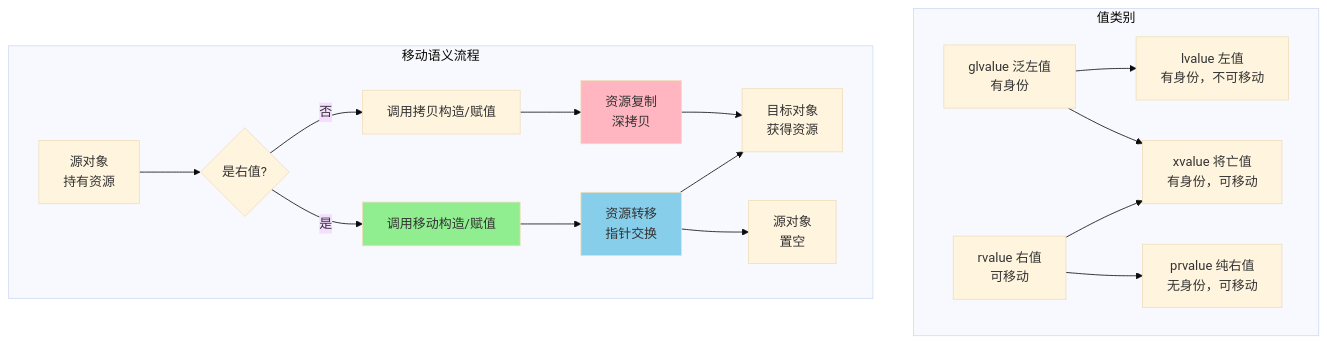
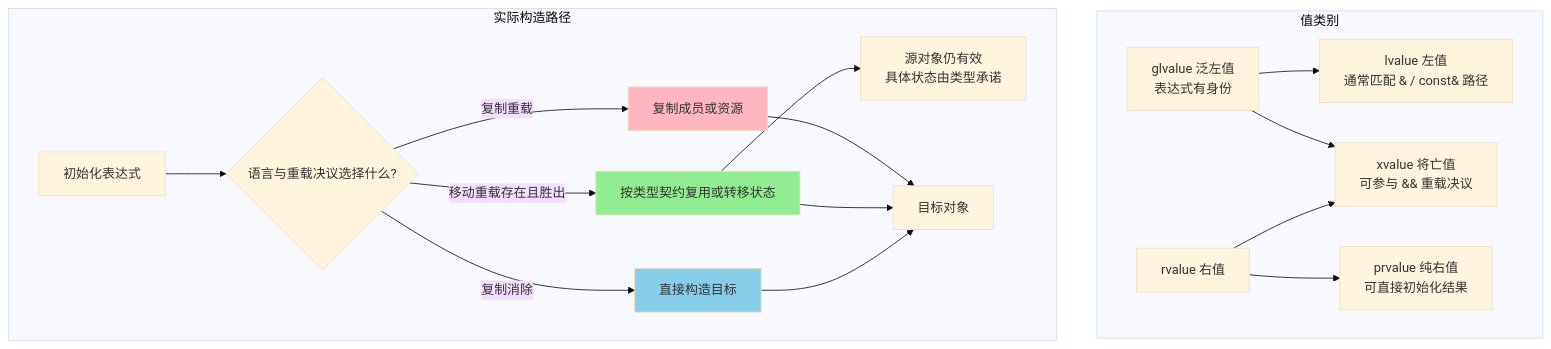
The first of 4 diagrams in week_04/day_23/README.md (mlbo/cpp_learning), drawn with Mermaid (base theme) before and after one commit. The commit also changed other lines of this file and 675 other files, not shown here.

````diff
--- a/week_04/day_23/README.md
+++ b/week_04/day_23/README.md
@@ -68,24 +70,24 @@
 ```mermaid
 flowchart TB
     subgraph 值类别
-        A["glvalue 泛左值<br/>有身份"] --> B["lvalue 左值<br/>有身份，不可移动"]
-        A --> C["xvalue 将亡值<br/>有身份，可移动"]
-        D["rvalue 右值<br/>可移动"] --> C
-        D --> E["prvalue 纯右值<br/>无身份，可移动"]
+        A["glvalue 泛左值<br/>表达式有身份"] --> B["lvalue 左值<br/>通常匹配 & / const& 路径"]
+        A --> C["xvalue 将亡值<br/>可参与 && 重载决议"]
+        D["rvalue 右值"] --> C
+        D --> E["prvalue 纯右值<br/>可直接初始化结果"]
     end
-    
-    subgraph 移动语义流程
-        F["源对象<br/>持有资源"] --> G{是右值?}
-        G -->|是| H[调用移动构造/赋值]
-        G -->|否| I[调用拷贝构造/赋值]
-        H --> J["资源转移<br/>指针交换"]
-        I --> K["资源复制<br/>深拷贝"]
-        J --> L["目标对象<br/>获得资源"]
-        K --> L
-        J --> M["源对象<br/>置空"]
+
+    subgraph 实际构造路径
+        F["初始化表达式"] --> G{语言与重载决议选择什么?}
+        G -->|复制重载| H["复制成员或资源"]
+        G -->|移动重载存在且胜出| I["按类型契约复用或转移状态"]
+        G -->|复制消除| J["直接构造目标"]
+        I --> K["源对象仍有效<br/>具体状态由类型承诺"]
+        H --> L["目标对象"]
+        I --> L
+        J --> L
     end
-    
-    style H fill:#90EE90
+
+    style I fill:#90EE90
     style J fill:#87CEEB
-    style K fill:#FFB6C1
+    style H fill:#FFB6C1
 ```
````
